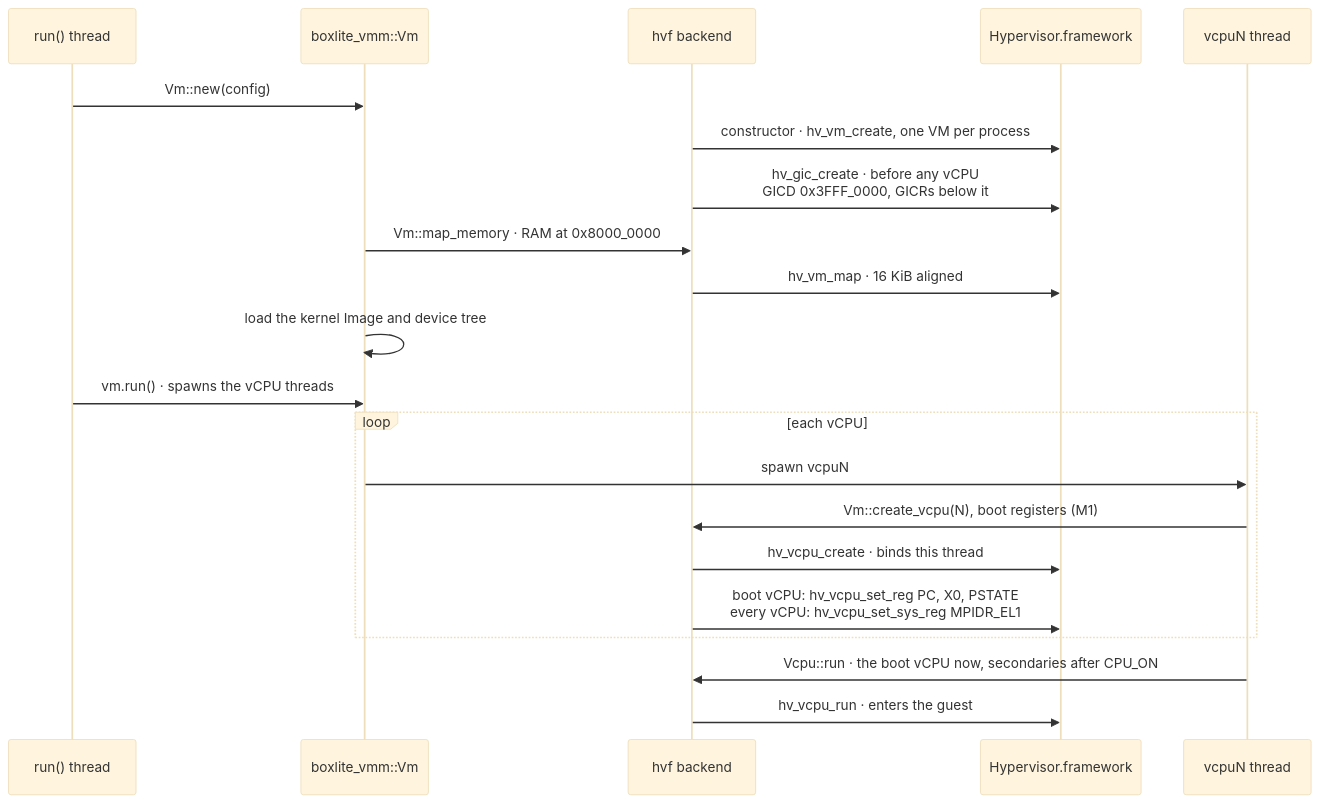
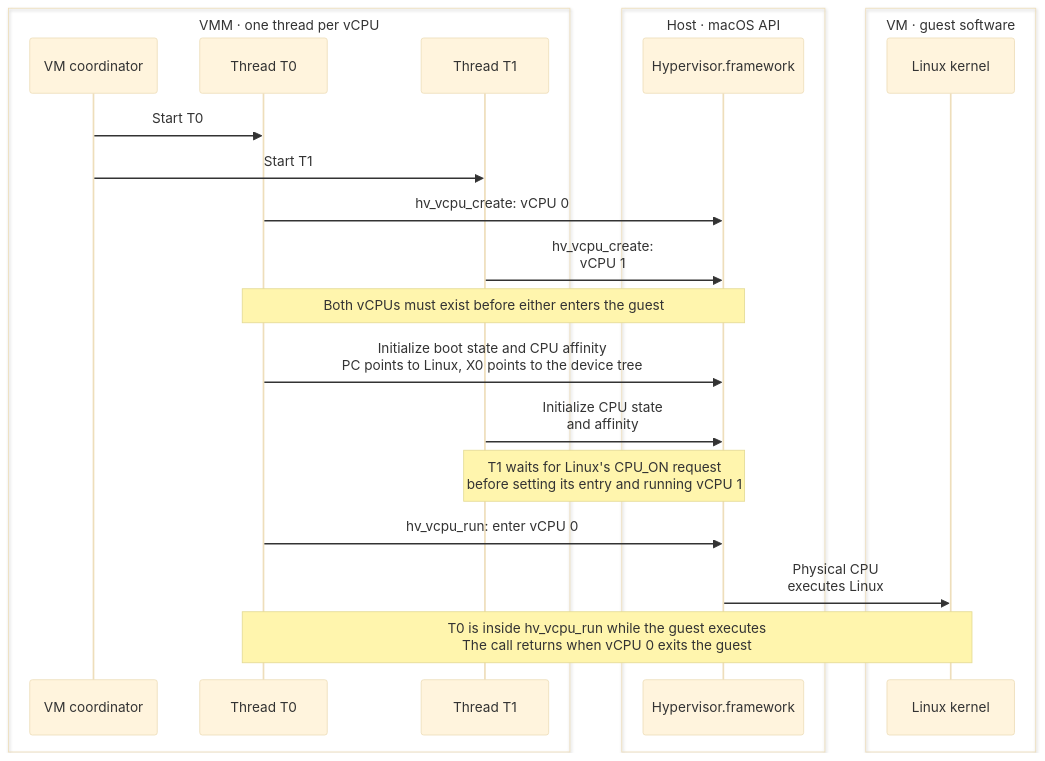
The third of 9 diagrams in docs/architecture/vmm/hvf.md (boxlite-ai/boxlite), drawn with Mermaid (base theme) before and after one commit. The commit also changed other lines of this file and 3 other files, not shown here.

````diff
--- a/docs/architecture/vmm/hvf.md
+++ b/docs/architecture/vmm/hvf.md
@@ -77,36 +96,33 @@
 ```mermaid
 sequenceDiagram
-  participant caller as run() thread
-  participant vm as boxlite_vmm::Vm
-  participant backend as hvf backend
-  participant hvf as Hypervisor.framework
-  participant vcpu as vcpuN thread
-  %% edge:s_new
-  caller->>vm: Vm::new(config)
-  %% edge:s_vm_create
-  backend->>hvf: constructor · hv_vm_create, one VM per process
-  %% edge:s_gic_create
-  backend->>hvf: hv_gic_create · before any vCPU<br/>GICD 0x3FFF_0000, GICRs below it
-  %% edge:s_map
-  vm->>backend: Vm::map_memory · RAM at 0x8000_0000
-  %% edge:s_vm_map
-  backend->>hvf: hv_vm_map · 16 KiB aligned
-  %% edge:s_load
-  vm->>vm: load the kernel Image and device tree
-  %% edge:s_run_call
-  caller->>vm: vm.run() · spawns the vCPU threads
-  loop each vCPU
-  %% edge:s_spawn
-  vm->>vcpu: spawn vcpuN
-  %% edge:s_create_vcpu
-  vcpu->>backend: Vm::create_vcpu(N), boot registers (M1)
-  %% edge:s_vcpu_create
-  backend->>hvf: hv_vcpu_create · binds this thread
-  %% edge:s_hv_regs
-  backend->>hvf: boot vCPU: hv_vcpu_set_reg PC, X0, PSTATE<br/>every vCPU: hv_vcpu_set_sys_reg MPIDR_EL1
+  box VMM · one thread per vCPU
+    participant coordinator as VM coordinator
+    participant thread0 as Thread T0
+    participant thread1 as Thread T1
   end
-  %% edge:s_vcpu_run
-  vcpu->>backend: Vcpu::run · the boot vCPU now, secondaries after CPU_ON
-  %% edge:s_hv_run
-  backend->>hvf: hv_vcpu_run · enters the guest
+  box Host · macOS API
+    participant hvf as Hypervisor.framework
+  end
+  box VM · guest software
+    participant kernel as Linux kernel
+  end
+  %% edge:setup_thread0
+  coordinator->>thread0: Start T0
+  %% edge:setup_thread1
+  coordinator->>thread1: Start T1
+  %% edge:setup_vcpu0
+  thread0->>hvf: hv_vcpu_create: vCPU 0
+  %% edge:setup_vcpu1
+  thread1->>hvf: hv_vcpu_create:<br/>vCPU 1
+  Note over thread0,hvf: Both vCPUs must exist before either enters the guest
+  %% edge:setup_registers
+  thread0->>hvf: Initialize boot state and CPU affinity<br/>PC points to Linux, X0 points to the device tree
+  %% edge:setup_secondary_state
+  thread1->>hvf: Initialize CPU state<br/>and affinity
+  Note over thread1,hvf: T1 waits for Linux's CPU_ON request<br/>before setting its entry and running vCPU 1
+  %% edge:boot_enter
+  thread0->>hvf: hv_vcpu_run: enter vCPU 0
+  %% edge:boot_linux
+  hvf->>kernel: Physical CPU<br/>executes Linux
+  Note over thread0,kernel: T0 is inside hv_vcpu_run while the guest executes<br/>The call returns when vCPU 0 exits the guest
 ```
````
